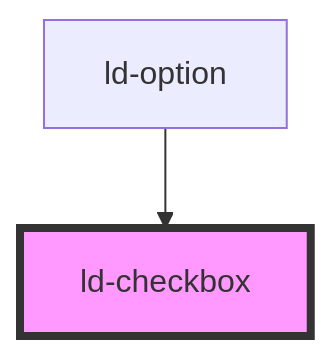
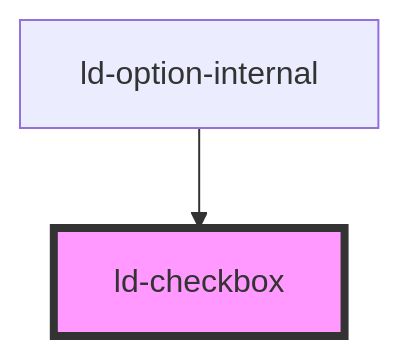
One commit to emdgroup-liquid/liquid changed the diagram in src/liquid/components/ld-checkbox/readme.md. Above: the diagram before and after it, drawn with Mermaid. The commit also changed other lines of this file and 7 other files, not shown here.

````diff
--- a/src/liquid/components/ld-checkbox/readme.md
+++ b/src/liquid/components/ld-checkbox/readme.md
@@ -606,5 +606,5 @@
 ```mermaid
 graph TD;
-  ld-option --> ld-checkbox
+  ld-option-internal --> ld-checkbox
   style ld-checkbox fill:#f9f,stroke:#333,stroke-width:4px
 ```
````
